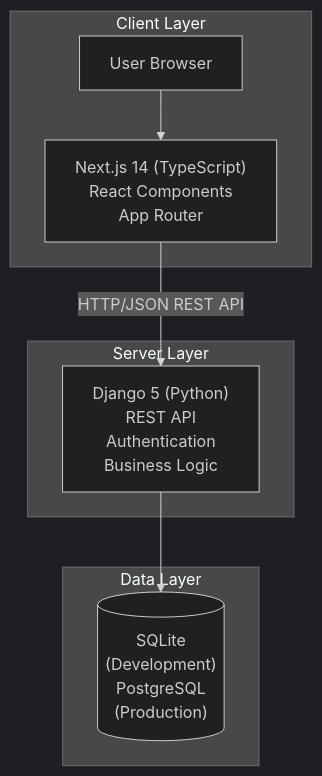
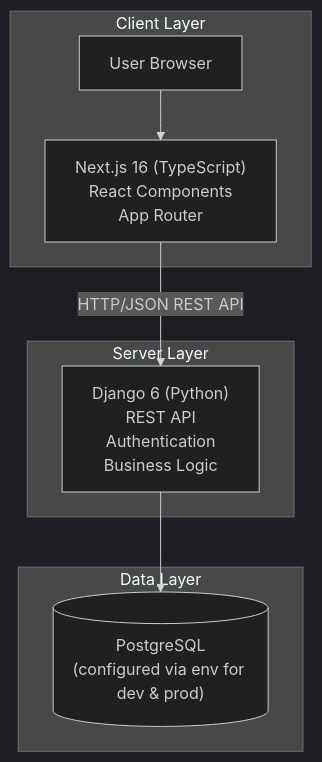
One commit to William-Bowman-JCU/cp3407-project changed the first of 5 diagrams in docs/design.md. Above: the diagram before and after it, drawn with Mermaid (dark theme). The commit also changed other lines of this file and 1 other file, not shown here.

Commit message:
Updated design.md to match the current version (Django, session auth, Order flow, etc). - Added logical architecture and system context uml

````diff
--- a/docs/design.md
+++ b/docs/design.md
@@ -28,19 +28,19 @@
 ```mermaid
 graph TB
     subgraph Client["Client Layer"]
         Browser["User Browser"]
-        Next["Next.js 14 (TypeScript)\nReact Components\nApp Router"]
+        Next["Next.js 16 (TypeScript)\nReact Components\nApp Router"]
     end
 
     subgraph Server["Server Layer"]
-        Django["Django 5 (Python)\nREST API\nAuthentication\nBusiness Logic"]
+        Django["Django 6 (Python)\nREST API\nAuthentication\nBusiness Logic"]
     end
 
     subgraph Data["Data Layer"]
-        DB[("SQLite\n(Development)\nPostgreSQL\n(Production)")]
+        DB[("PostgreSQL\n(configured via env for dev & prod)")]
     end
 
     Browser --> Next
     Next -- "HTTP/JSON REST API" --> Django
     Django --> DB
 ```
````
